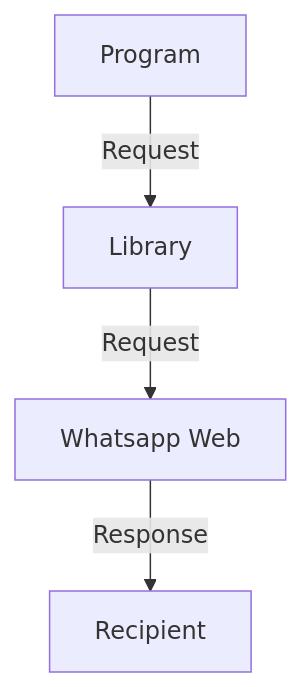
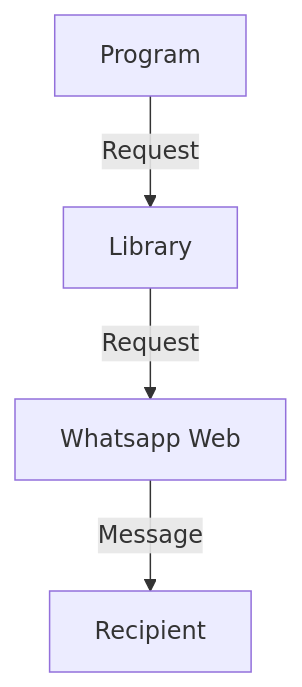
The diagram in README.md (hero-programmers/Sayad-Uddin-Tahsin-automate-whatsapp-with-python), drawn with Mermaid before and after one commit.

````diff
--- a/README.md
+++ b/README.md
@@ -9,10 +9,10 @@
 ```mermaid
 graph TD;
     code["Program"]
     lib["Library"]
     wp["Whatsapp Web"]
     rp["Recipient"]
     code-- Request -->lib;
     lib-- Request-->wp;
-    wp-- Response -->rp;
+    wp-- Message -->rp;
 ```
````
